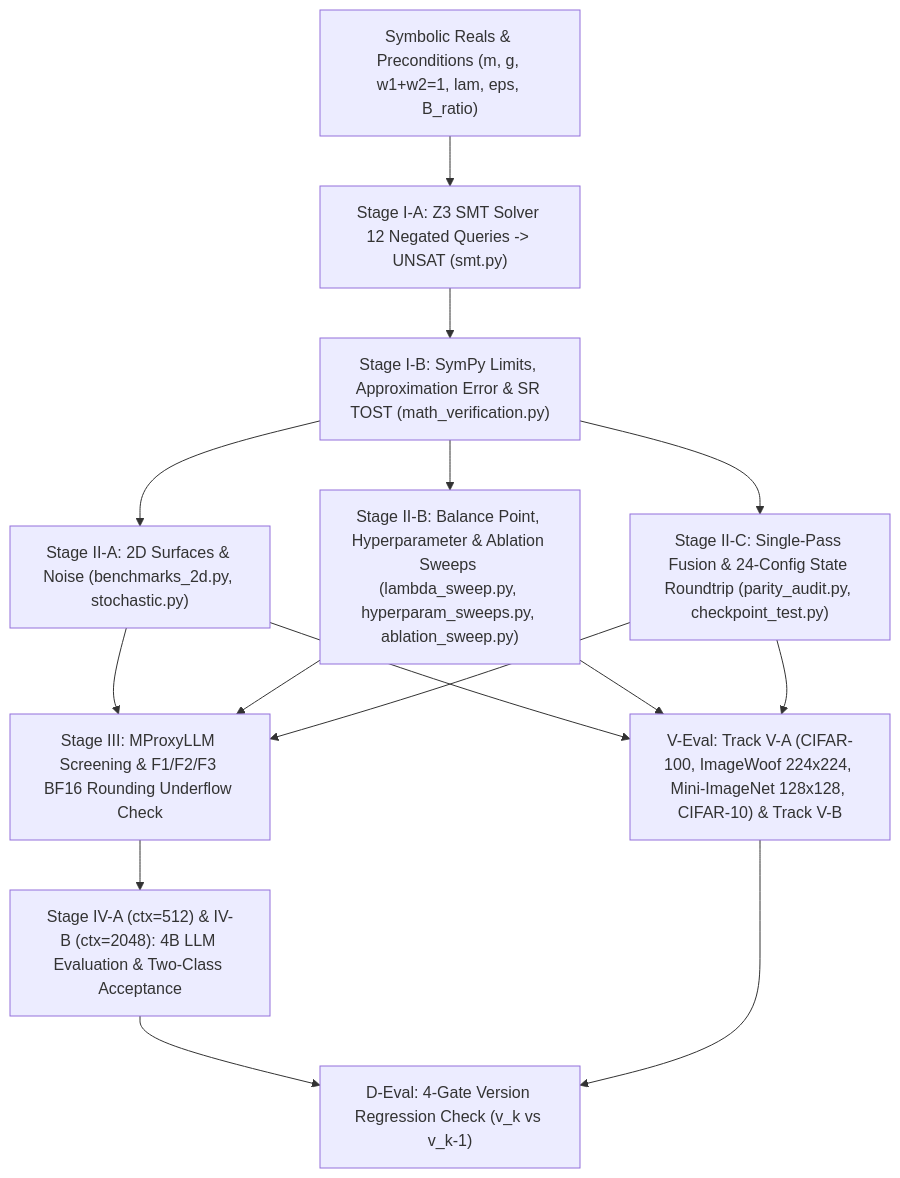
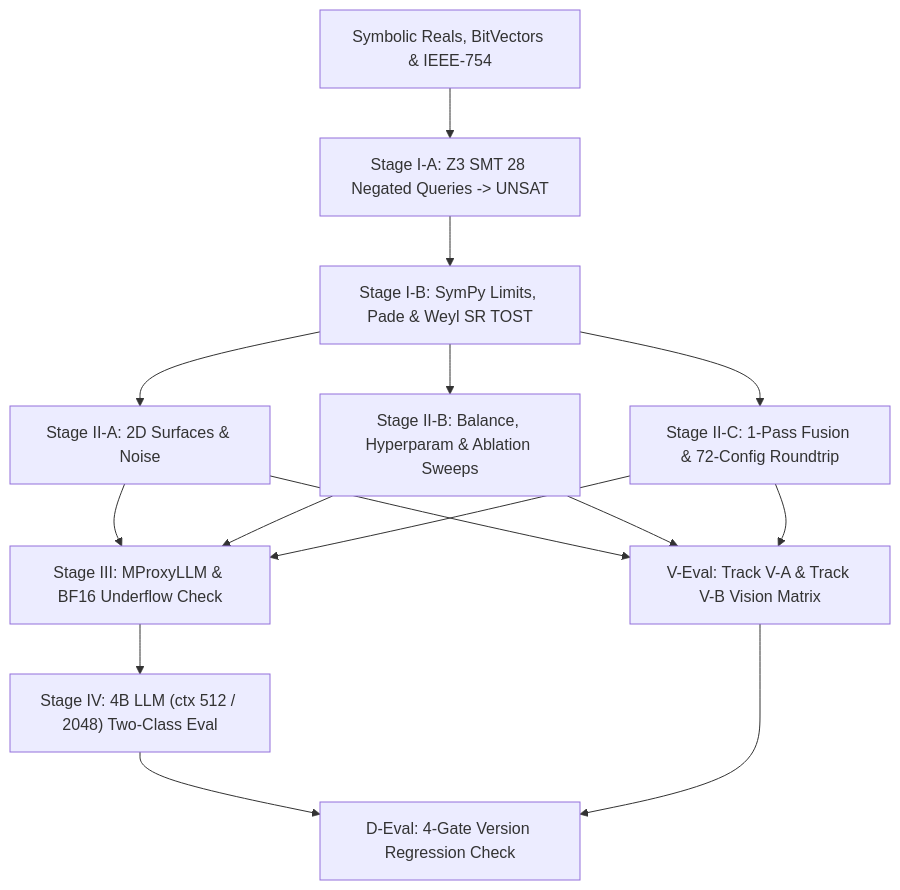
The diagram in eval/README.md (cloverx-id/luminamoon), drawn with Mermaid before and after one commit. The commit also changed other lines of this file and 524 other files, not shown here.

````diff
--- a/eval/README.md
+++ b/eval/README.md
@@ -9,12 +11,12 @@
 ```mermaid
 flowchart TD
-    Vars["Symbolic Reals & Preconditions (m, g, w1+w2=1, lam, eps, B_ratio)"] --> Z3["Stage I-A: Z3 SMT Solver 12 Negated Queries -> UNSAT (smt.py)"]
-    Z3 --> Math["Stage I-B: SymPy Limits, Approximation Error & SR TOST (math_verification.py)"]
-    Math --> Surf["Stage II-A: 2D Surfaces & Noise (benchmarks_2d.py, stochastic.py)"]
-    Math --> Sweeps["Stage II-B: Balance Point, Hyperparameter & Ablation Sweeps (lambda_sweep.py, hyperparam_sweeps.py, ablation_sweep.py)"]
-    Math --> Parity["Stage II-C: Single-Pass Fusion & 24-Config State Roundtrip (parity_audit.py, checkpoint_test.py)"]
-    Surf & Sweeps & Parity --> Stage3["Stage III: MProxyLLM Screening & F1/F2/F3 BF16 Rounding Underflow Check"]
-    Surf & Sweeps & Parity --> VEval["V-Eval: Track V-A (CIFAR-100, ImageWoof 224x224, Mini-ImageNet 128x128, CIFAR-10) & Track V-B"]
-    Stage3 --> Stage4["Stage IV-A (ctx=512) & IV-B (ctx=2048): 4B LLM Evaluation & Two-Class Acceptance"]
-    Stage4 & VEval --> DEval["D-Eval: 4-Gate Version Regression Check (v_k vs v_k-1)"]
+    Vars["Symbolic Reals, BitVectors & IEEE-754"] --> Z3["Stage I-A: Z3 SMT 28 Negated Queries -> UNSAT"]
+    Z3 --> Math["Stage I-B: SymPy Limits, Pade & Weyl SR TOST"]
+    Math --> Surf["Stage II-A: 2D Surfaces & Noise"]
+    Math --> Sweeps["Stage II-B: Balance, Hyperparam & Ablation Sweeps"]
+    Math --> Parity["Stage II-C: 1-Pass Fusion & 72-Config Roundtrip"]
+    Surf & Sweeps & Parity --> Stage3["Stage III: MProxyLLM & BF16 Underflow Check"]
+    Surf & Sweeps & Parity --> VEval["V-Eval: Track V-A & Track V-B Vision Matrix"]
+    Stage3 --> Stage4["Stage IV: 4B LLM (ctx 512 / 2048) Two-Class Eval"]
+    Stage4 & VEval --> DEval["D-Eval: 4-Gate Version Regression Check"]
 ```
````
